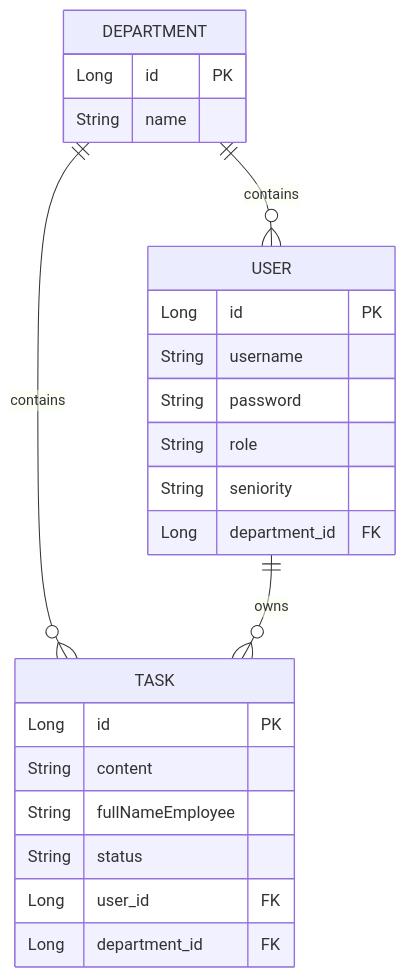
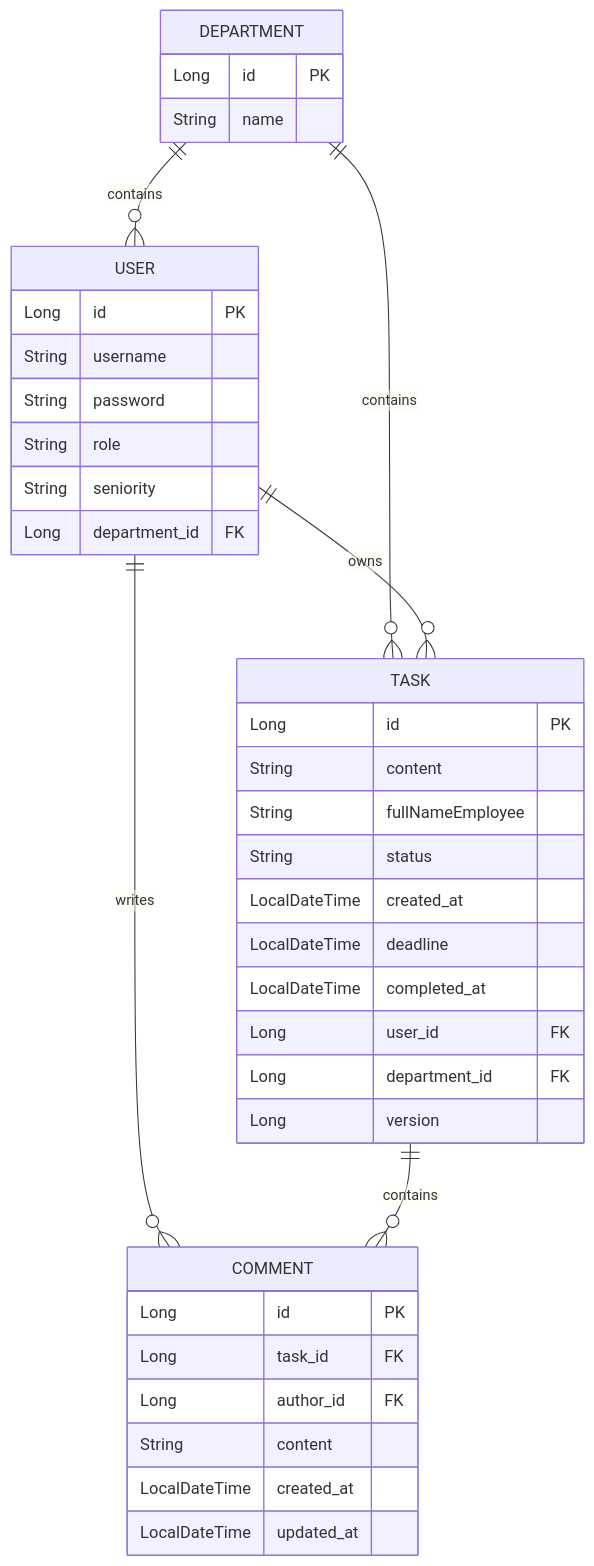
One commit to GeTQuer/MySpringProject changed the diagram in README.md. Above: the diagram before and after it, drawn with Mermaid. The commit also changed other lines of this file, not shown here.

````diff
--- a/README.md
+++ b/README.md
@@ -83,29 +78,44 @@
 ```mermaid
 erDiagram
     DEPARTMENT ||--o{ USER : contains
     DEPARTMENT ||--o{ TASK : contains
     USER ||--o{ TASK : owns
+    USER ||--o{ COMMENT : writes
+    TASK ||--o{ COMMENT : contains
 
     DEPARTMENT {
         Long id PK
         String name
     }
 
     USER {
         Long id PK
         String username
         String password
         String role
         String seniority
         Long department_id FK
     }
 
     TASK {
         Long id PK
         String content
         String fullNameEmployee
         String status
+        LocalDateTime created_at
+        LocalDateTime deadline
+        LocalDateTime completed_at
         Long user_id FK
         Long department_id FK
+        Long version
+    }
+
+    COMMENT {
+        Long id PK
+        Long task_id FK
+        Long author_id FK
+        String content
+        LocalDateTime created_at
+        LocalDateTime updated_at
     }
 ```
````
